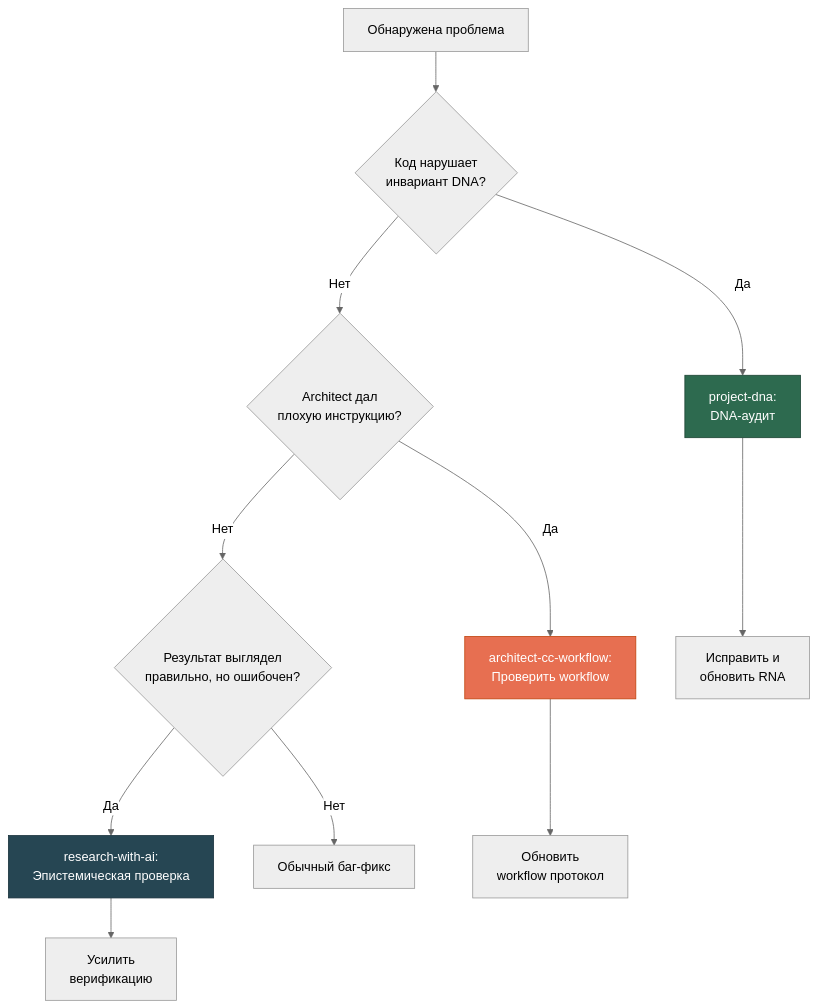
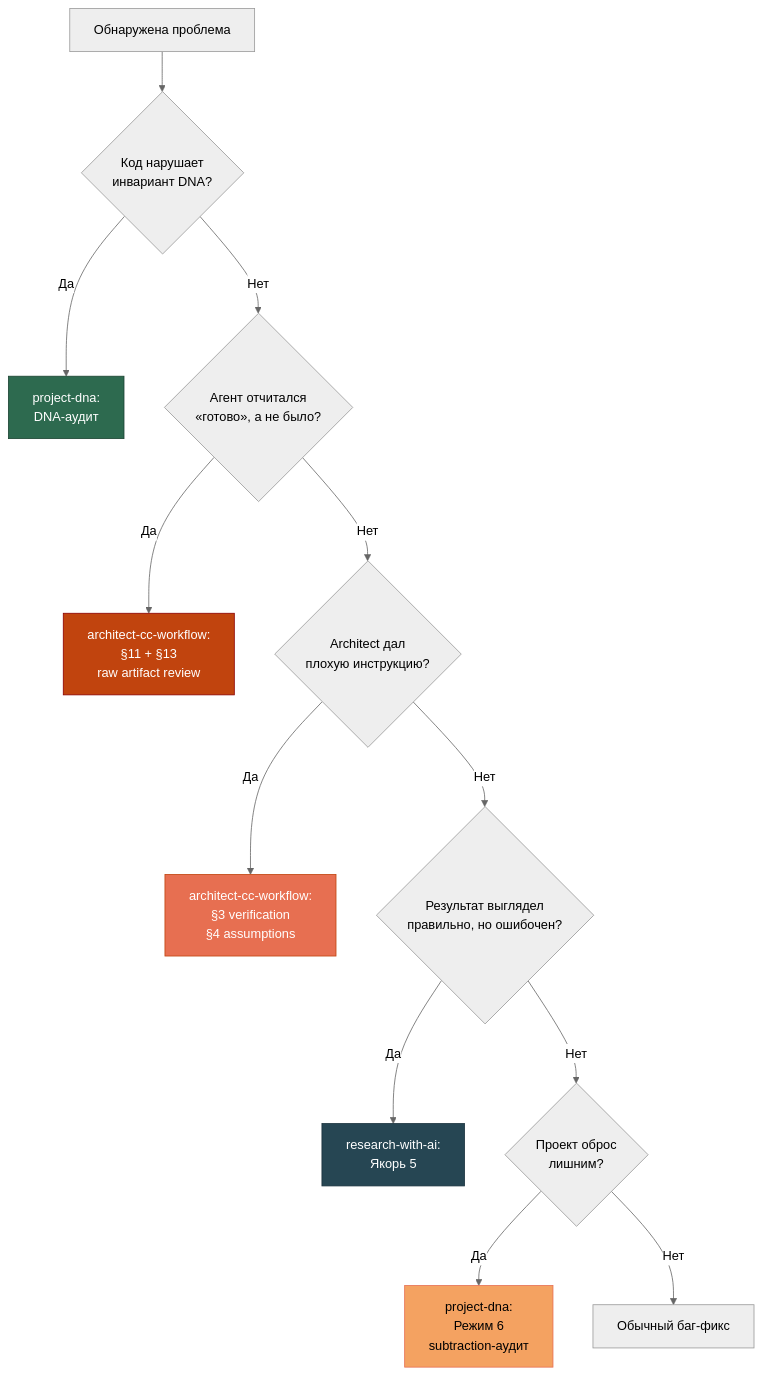
One commit to SizovOleg/project-dna changed the fifth of 5 diagrams in docs/ecosystem-ru.md. Above: the diagram before and after it, drawn with Mermaid (neutral theme). The commit also changed other lines of this file and 9 other files, not shown here.

````diff
--- a/docs/ecosystem-ru.md
+++ b/docs/ecosystem-ru.md
@@ -136,22 +242,26 @@
 ```mermaid
 flowchart TD
     BUG["Обнаружена проблема"]
-    
+
     BUG --> Q1{"Код нарушает<br/>инвариант DNA?"}
     Q1 -->|Да| DNA_AUDIT["project-dna:<br/>DNA-аудит"]
-    Q1 -->|Нет| Q2{"Architect дал<br/>плохую инструкцию?"}
-    
-    Q2 -->|Да| ARCH_FIX["architect-cc-workflow:<br/>Проверить workflow"]
-    Q2 -->|Нет| Q3{"Результат выглядел<br/>правильно, но ошибочен?"}
-    
-    Q3 -->|Да| RES_CHECK["research-with-ai:<br/>Эпистемическая проверка"]
-    Q3 -->|Нет| REGULAR["Обычный баг-фикс"]
+    Q1 -->|Нет| Q2{"Агент отчитался<br/>«готово», а не было?"}
 
-    DNA_AUDIT --> FIX["Исправить и<br/>обновить RNA"]
-    ARCH_FIX --> FIX2["Обновить<br/>workflow протокол"]
-    RES_CHECK --> FIX3["Усилить<br/>верификацию"]
+    Q2 -->|Да| SELF["architect-cc-workflow:<br/>§11 + §13<br/>raw artifact review"]
+    Q2 -->|Нет| Q3{"Architect дал<br/>плохую инструкцию?"}
+
+    Q3 -->|Да| ARCH_FIX["architect-cc-workflow:<br/>§3 verification<br/>§4 assumptions"]
+    Q3 -->|Нет| Q4{"Результат выглядел<br/>правильно, но ошибочен?"}
+
+    Q4 -->|Да| RES_CHECK["research-with-ai:<br/>Якорь 5"]
+    Q4 -->|Нет| Q5{"Проект оброс<br/>лишним?"}
+
+    Q5 -->|Да| SUB["project-dna:<br/>Режим 6<br/>subtraction-аудит"]
+    Q5 -->|Нет| REGULAR["Обычный баг-фикс"]
 
     style DNA_AUDIT fill:#2d6a4f,stroke:#1b4332,color:#fff
+    style SELF fill:#c1440e,stroke:#8b0000,color:#fff
     style ARCH_FIX fill:#e76f51,stroke:#c1440e,color:#fff
     style RES_CHECK fill:#264653,stroke:#1a323d,color:#fff
+    style SUB fill:#f4a261,stroke:#e76f51,color:#000
 ```
````
